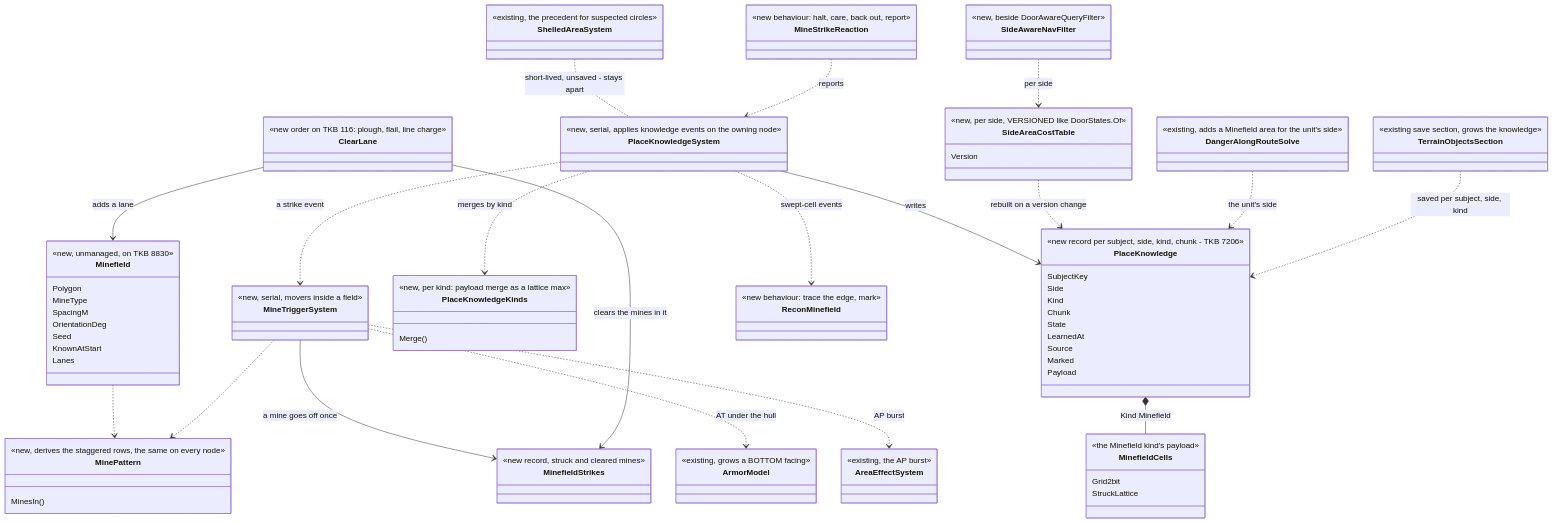
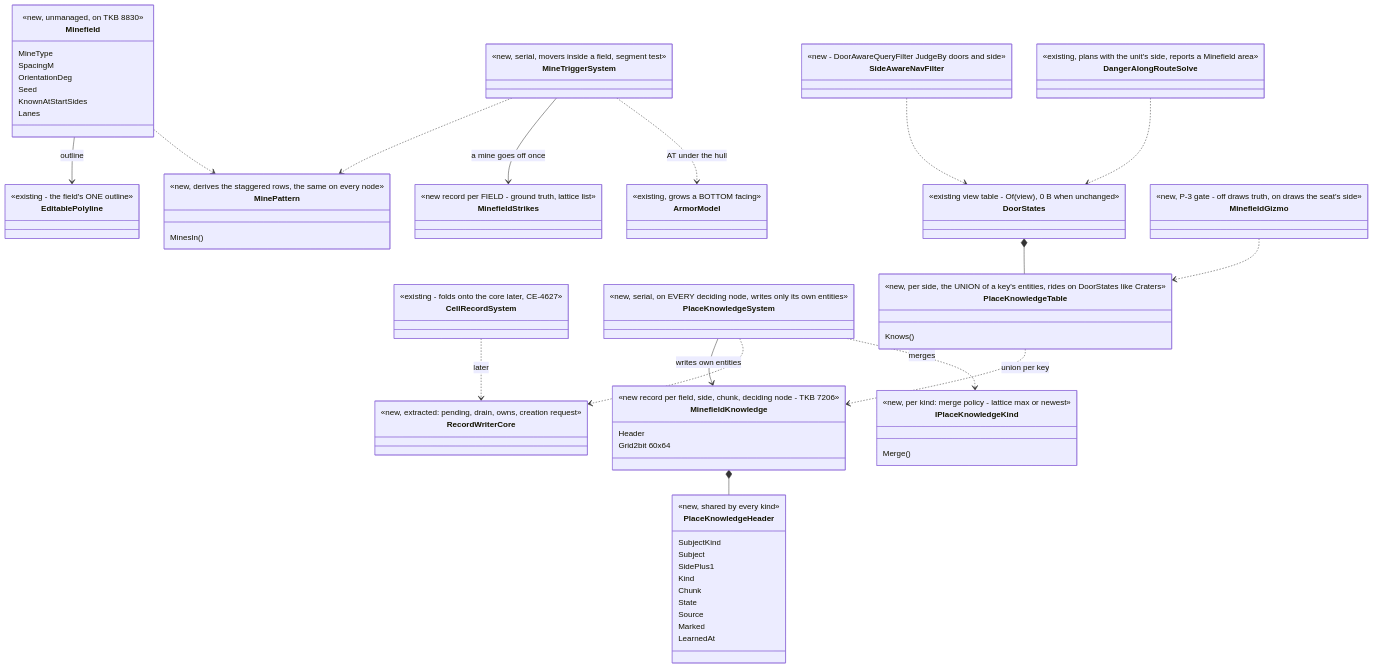
Before and after one commit to pjanec/HROT: the first of 3 diagrams in docs/designs/minefields/DESIGN_Minefields.md, drawn with Mermaid. The commit also changed other lines of this file and 2 other files, not shown here.

Commit message:
docs(minefields): fold the PlaceKnowledge review (R-4274) — READY-TO-BUILD, slices per lane, the contract; dash acceptance reworded (R-4275)
Claude-Session: https://claude.ai/code/session_017kP9xrAhkaPRHDHt5E1VHZ

````diff
--- a/docs/designs/minefields/DESIGN_Minefields.md
+++ b/docs/designs/minefields/DESIGN_Minefields.md
@@ -89,95 +90,88 @@
 classDiagram
   class Minefield {
     <<new, unmanaged, on TKB 8830>>
-    Polygon
     MineType
     SpacingM
     OrientationDeg
     Seed
-    KnownAtStart
+    KnownAtStartSides
     Lanes
+  }
+  class EditablePolyline {
+    <<existing - the field's ONE outline>>
   }
   class MinePattern {
     <<new, derives the staggered rows, the same on every node>>
     MinesIn()
   }
   class MinefieldStrikes {
-    <<new record, struck and cleared mines>>
+    <<new record per FIELD - ground truth, lattice list>>
   }
-  class PlaceKnowledge {
-    <<new record per subject, side, kind, chunk - TKB 7206>>
-    SubjectKey
-    Side
+  class PlaceKnowledgeHeader {
+    <<new, shared by every kind>>
+    SubjectKind
+    Subject
+    SidePlus1
     Kind
     Chunk
     State
-    LearnedAt
     Source
     Marked
-    Payload
+    LearnedAt
   }
-  class MinefieldCells {
-    <<the Minefield kind's payload>>
-    Grid2bit
-    StruckLattice
+  class MinefieldKnowledge {
+    <<new record per field, side, chunk, deciding node - TKB 7206>>
+    Header
+    Grid2bit 60x64
   }
-  class PlaceKnowledgeKinds {
-    <<new, per kind: payload merge as a lattice max>>
+  class IPlaceKnowledgeKind {
+    <<new, per kind: merge policy - lattice max or newest>>
     Merge()
   }
-  class SideAreaCostTable {
-    <<new, per side, VERSIONED like DoorStates.Of>>
-    Version
+  class RecordWriterCore {
+    <<new, extracted: pending, drain, owns, creation request>>
+  }
+  class CellRecordSystem {
+    <<existing - folds onto the core later, CE-4627>>
+  }
+  class PlaceKnowledgeSystem {
+    <<new, serial, on EVERY deciding node, writes only its own entities>>
+  }
+  class PlaceKnowledgeTable {
+    <<new, per side, the UNION of a key's entities, rides on DoorStates like Craters>>
+    Knows()
+  }
+  class DoorStates {
+    <<existing view table - Of(view), 0 B when unchanged>>
+  }
+  class SideAwareNavFilter {
+    <<new - DoorAwareQueryFilter JudgeBy doors and side>>
   }
   class DangerAlongRouteSolve {
-    <<existing, adds a Minefield area for the unit's side>>
+    <<existing, plans with the unit's side, reports a Minefield area>>
   }
   class MineTriggerSystem {
-    <<new, serial, movers inside a field>>
+    <<new, serial, movers inside a field, segment test>>
   }
   class ArmorModel {
     <<existing, grows a BOTTOM facing>>
   }
-  class AreaEffectSystem {
-    <<existing, the AP burst>>
+  class MinefieldGizmo {
+    <<new, P-3 gate - off draws truth, on draws the seat's side>>
   }
-  class ShelledAreaSystem {
-    <<existing, the precedent for suspected circles>>
-  }
-  class PlaceKnowledgeSystem {
-    <<new, serial, applies knowledge events on the owning node>>
-  }
-  class SideAwareNavFilter {
-    <<new, beside DoorAwareQueryFilter>>
-  }
-  class MineStrikeReaction {
-    <<new behaviour: halt, care, back out, report>>
-  }
-  class ReconMinefield {
-    <<new behaviour: trace the edge, mark>>
-  }
-  class ClearLane {
-    <<new order on TKB 116: plough, flail, line charge>>
-  }
-  class TerrainObjectsSection {
-    <<existing save section, grows the knowledge>>
-  }
+  Minefield --> EditablePolyline : outline
   Minefield ..> MinePattern
   MineTriggerSystem ..> MinePattern
   MineTriggerSystem --> MinefieldStrikes : a mine goes off once
   MineTriggerSystem ..> ArmorModel : AT under the hull
-  MineTriggerSystem ..> AreaEffectSystem : AP burst
-  PlaceKnowledgeSystem ..> MineTriggerSystem : a strike event
-  PlaceKnowledgeSystem ..> ReconMinefield : swept-cell events
-  PlaceKnowledgeSystem --> PlaceKnowledge : writes
-  PlaceKnowledgeSystem ..> PlaceKnowledgeKinds : merges by kind
-  PlaceKnowledge *-- MinefieldCells : Kind Minefield
-  ShelledAreaSystem .. PlaceKnowledgeSystem : short-lived, unsaved - stays apart
-  SideAreaCostTable ..> PlaceKnowledge : rebuilt on a version change
-  SideAwareNavFilter ..> SideAreaCostTable : per side
-  DangerAlongRouteSolve ..> PlaceKnowledge : the unit's side
-  ClearLane --> Minefield : adds a lane
-  ClearLane --> MinefieldStrikes : clears the mines in it
-  TerrainObjectsSection ..> PlaceKnowledge : saved per subject, side, kind
-  MineStrikeReaction ..> PlaceKnowledgeSystem : reports
+  MinefieldKnowledge *-- PlaceKnowledgeHeader
+  PlaceKnowledgeSystem --> MinefieldKnowledge : writes own entities
+  PlaceKnowledgeSystem ..> RecordWriterCore
+  CellRecordSystem ..> RecordWriterCore : later
+  PlaceKnowledgeSystem ..> IPlaceKnowledgeKind : merges
+  PlaceKnowledgeTable ..> MinefieldKnowledge : union per key
+  DoorStates *-- PlaceKnowledgeTable
+  SideAwareNavFilter ..> DoorStates
+  DangerAlongRouteSolve ..> DoorStates
+  MinefieldGizmo ..> PlaceKnowledgeTable
 ```
````
